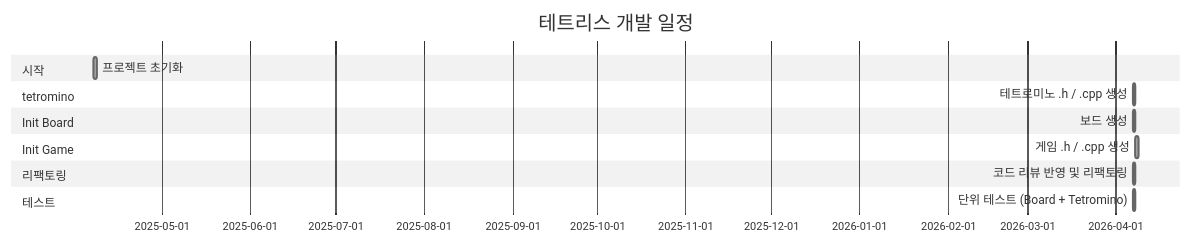
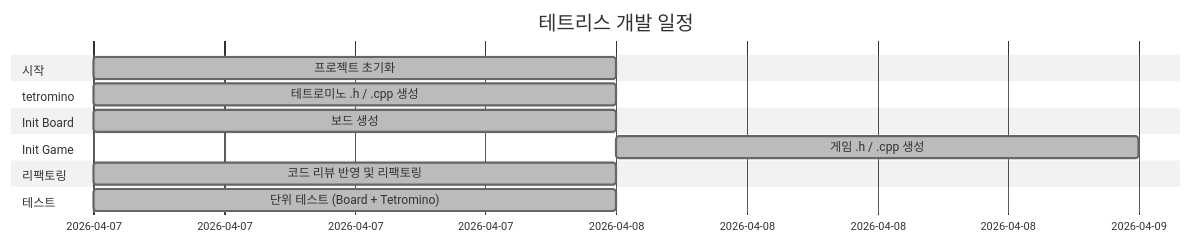
Before and after one commit to Chance031/Tetris-cpp: the diagram in README.md, drawn with Mermaid (neutral theme). The commit also changed other lines of this file, not shown here.

Commit message:
Update project initialization date in README

````diff
--- a/README.md
+++ b/README.md
@@ -27,17 +27,17 @@
 ```mermaid
 gantt
  title 테트리스 개발 일정
  dateFormat YYYY-MM-DD
  section 시작
- 프로젝트 초기화 :done, init, 2025-04-07, 1d
+ 프로젝트 초기화 :done, init, 2026-04-07, 1d
  section tetromino
  테트로미노 .h / .cpp 생성 :done, t16803, 2026-04-07, 1d
  section Init Board
  보드 생성 :done, t84048, 2026-04-07, 1d
  section Init Game
  게임 .h / .cpp 생성 :done, t91896, 2026-04-08, 1d
  section 리팩토링
  코드 리뷰 반영 및 리팩토링 :done, refactor, 2026-04-07, 1d
  section 테스트
  단위 테스트 (Board + Tetromino) :done, test, 2026-04-07, 1d
 ```
````
